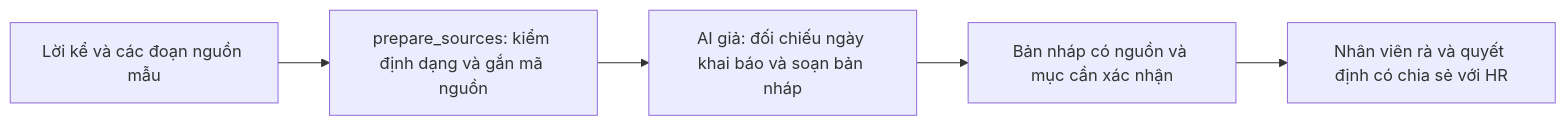
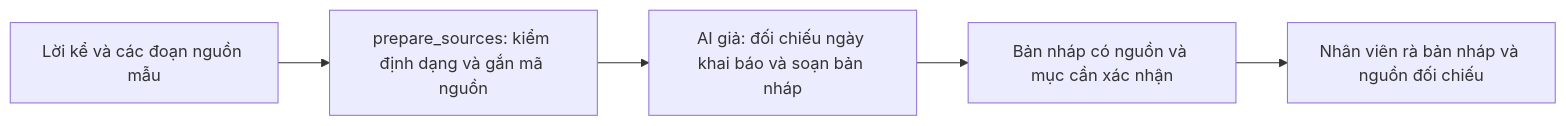
Before and after one commit to Ama2352/K5-Day15-L3B-TeaParty: the diagram in spec.md, drawn with Mermaid. The commit also changed other lines of this file and 4 other files, not shown here.

````diff
--- a/spec.md
+++ b/spec.md
@@ -40,7 +40,7 @@
   ```mermaid
   flowchart LR
     A["Lời kể và các đoạn nguồn mẫu"] --> B["prepare_sources: kiểm định dạng và gắn mã nguồn"]
     B --> C["AI giả: đối chiếu ngày khai báo và soạn bản nháp"]
     C --> D["Bản nháp có nguồn và mục cần xác nhận"]
-    D --> E["Nhân viên rà và quyết định có chia sẻ với HR"]
+    D --> E["Nhân viên rà bản nháp và nguồn đối chiếu"]
   ```
````
